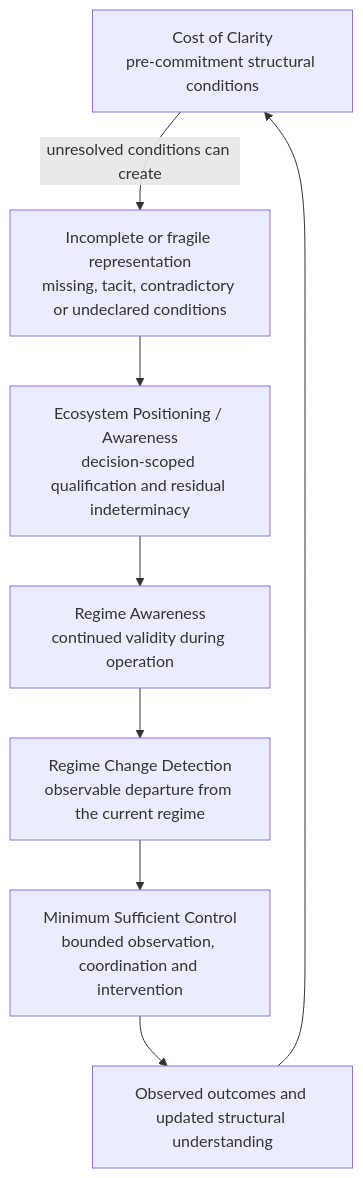
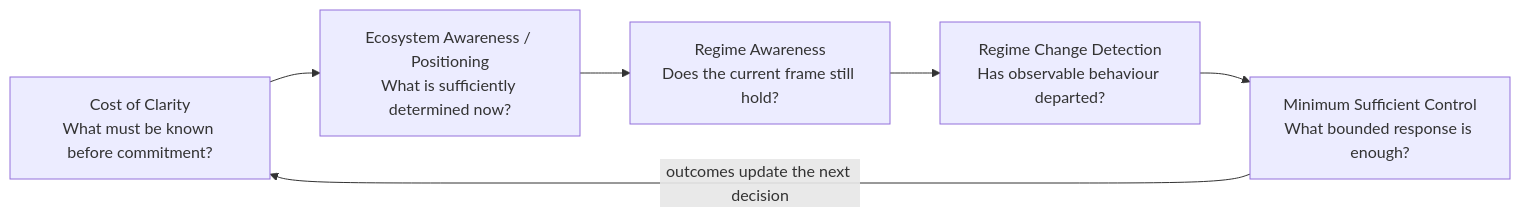
The diagram in README.md (dakleyer/structural-awareness-contributions), drawn with Mermaid before and after one commit. The commit also changed other lines of this file, not shown here.

Commit message:
Restore human-readable Structural Awareness programme narrative

````diff
--- a/README.md
+++ b/README.md
@@ -104,18 +25,14 @@
 ```mermaid
-flowchart TD
-    C[Cost of Clarity<br/>pre-commitment structural conditions]
-    B[Incomplete or fragile representation<br/>missing, tacit, contradictory or undeclared conditions]
-    E[Ecosystem Positioning / Awareness<br/>decision-scoped qualification and residual indeterminacy]
-    R[Regime Awareness<br/>continued validity during operation]
-    D[Regime Change Detection<br/>observable departure from the current regime]
-    M[Minimum Sufficient Control<br/>bounded observation, coordination and intervention]
-    O[Observed outcomes and updated structural understanding]
+flowchart LR
+    C[Cost of Clarity<br/>What must be known before commitment?]
+    E[Ecosystem Awareness / Positioning<br/>What is sufficiently determined now?]
+    R[Regime Awareness<br/>Does the current frame still hold?]
+    D[Regime Change Detection<br/>Has observable behaviour departed?]
+    M[Minimum Sufficient Control<br/>What bounded response is enough?]
 
-    C -->|unresolved conditions can create| B
-    B --> E
+    C --> E
     E --> R
     R --> D
     D --> M
-    M --> O
-    O --> C
+    M -->|outcomes update the next decision| C
 ```
````
